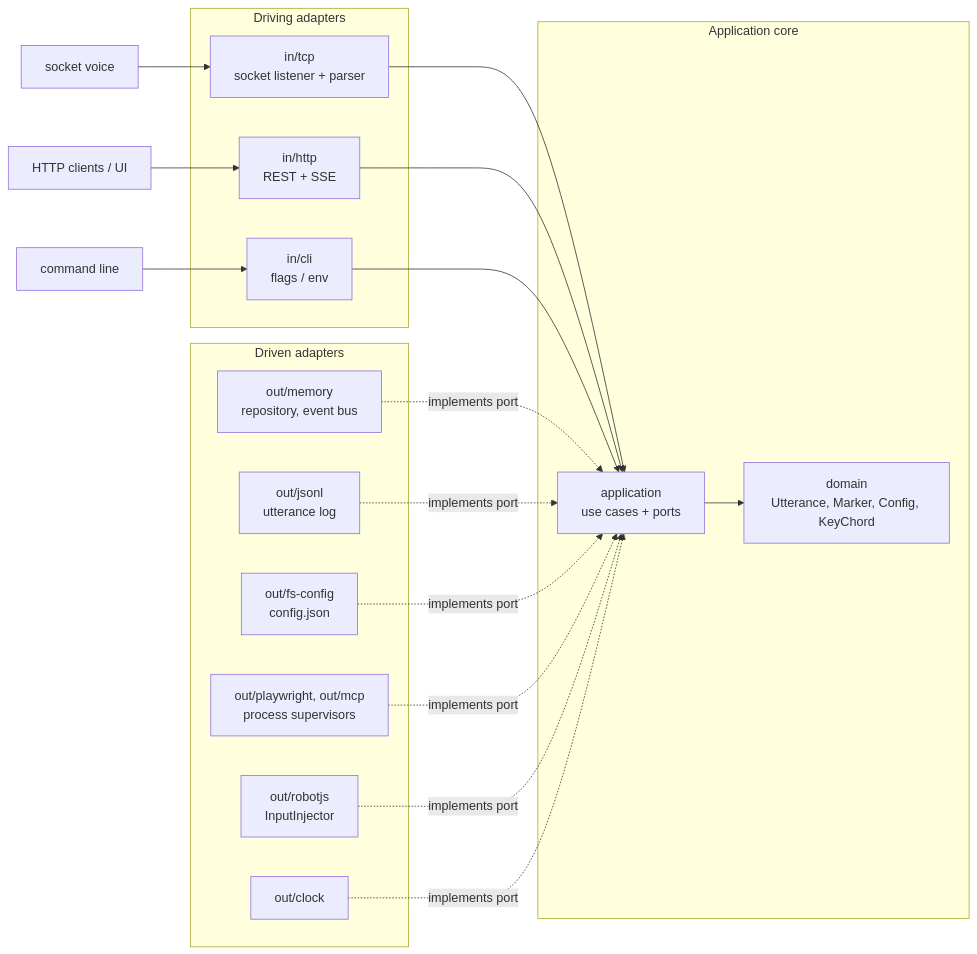
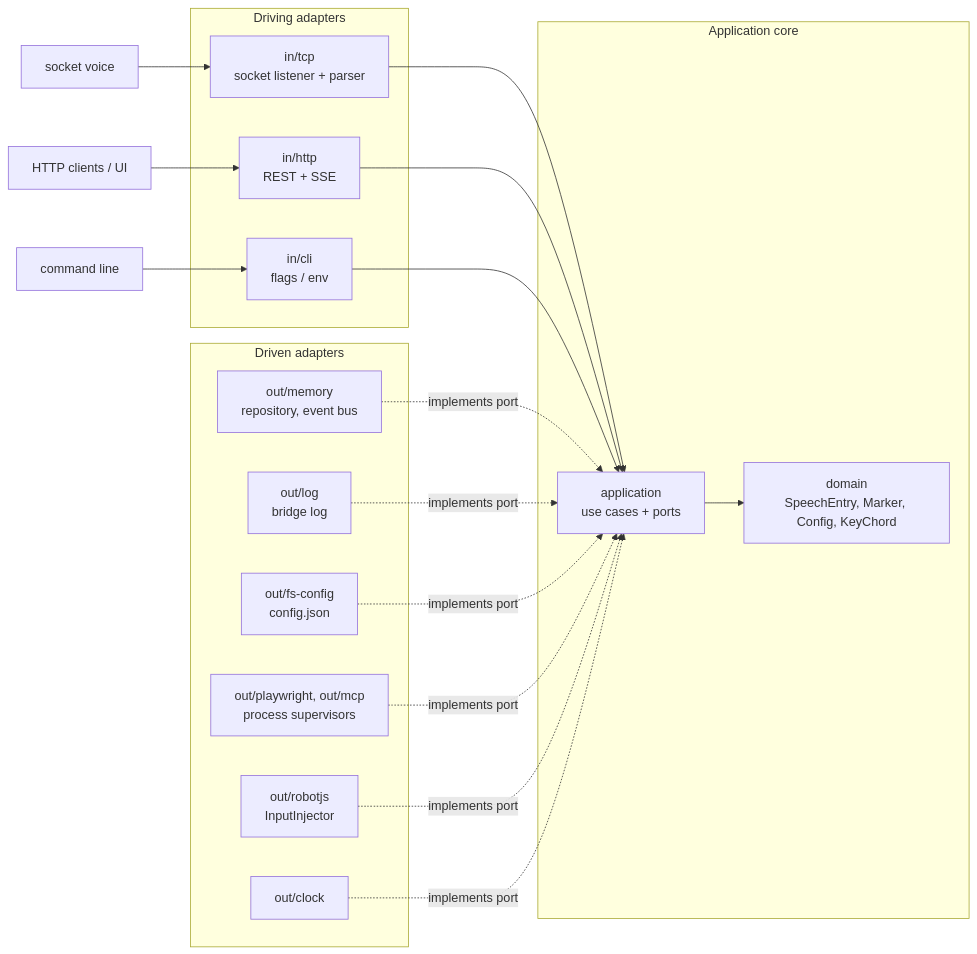
One commit to TimoSto/screenreader-speech-capture changed the diagram in docs/architecture.md. Above: the diagram before and after it, drawn with Mermaid. The commit also changed other lines of this file and 57 other files, not shown here.

````diff
--- a/docs/architecture.md
+++ b/docs/architecture.md
@@ -40,38 +40,38 @@
 ```mermaid
 flowchart LR
     subgraph IN["Driving adapters"]
         TCP["in/tcp<br/>socket listener + parser"]
         HTTP["in/http<br/>REST + SSE"]
         CLI["in/cli<br/>flags / env"]
     end
 
     subgraph CORE["Application core"]
         APP["application<br/>use cases + ports"]
-        DOM["domain<br/>Utterance, Marker, Config, KeyChord"]
+        DOM["domain<br/>SpeechEntry, Marker, Config, KeyChord"]
         APP --> DOM
     end
 
     subgraph OUT["Driven adapters"]
         MEM["out/memory<br/>repository, event bus"]
-        JSONL["out/jsonl<br/>utterance log"]
         CFG["out/fs-config<br/>config.json"]
         SUP["out/playwright, out/mcp<br/>process supervisors"]
         ROBOT["out/robotjs<br/>InputInjector"]
+        LOG["out/log<br/>bridge log"]
         CLK["out/clock"]
     end
 
     Voice["socket voice"] --> TCP
     Client["HTTP clients / UI"] --> HTTP
     User["command line"] --> CLI
 
     TCP --> APP
     HTTP --> APP
     CLI --> APP
 
     MEM -. implements port .-> APP
-    JSONL -. implements port .-> APP
+    LOG -. implements port .-> APP
     CFG -. implements port .-> APP
     SUP -. implements port .-> APP
     ROBOT -. implements port .-> APP
     CLK -. implements port .-> APP
 ```
````
